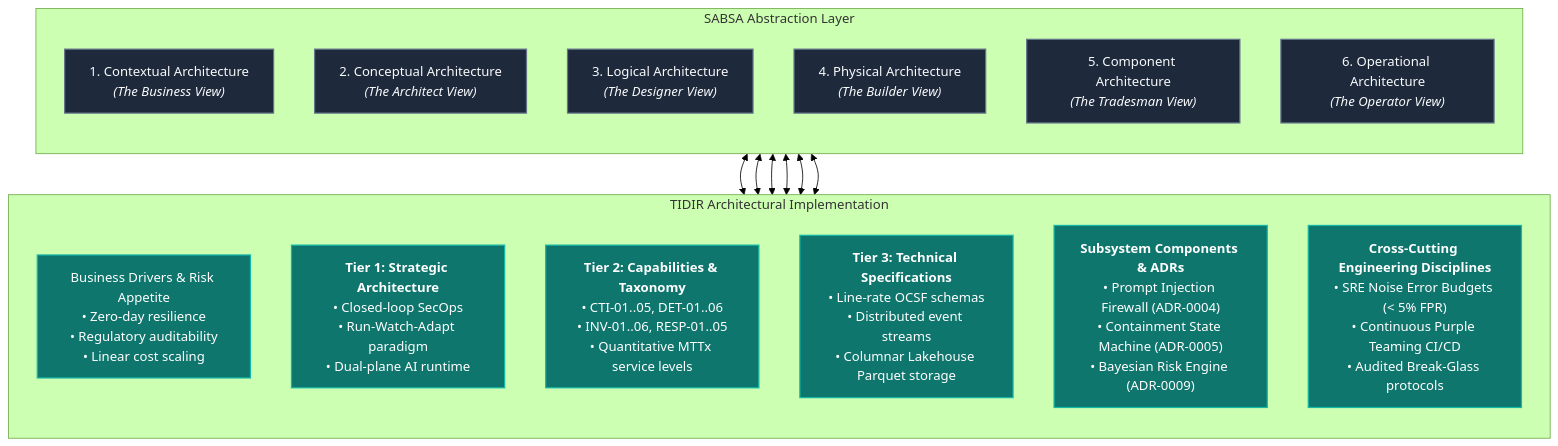
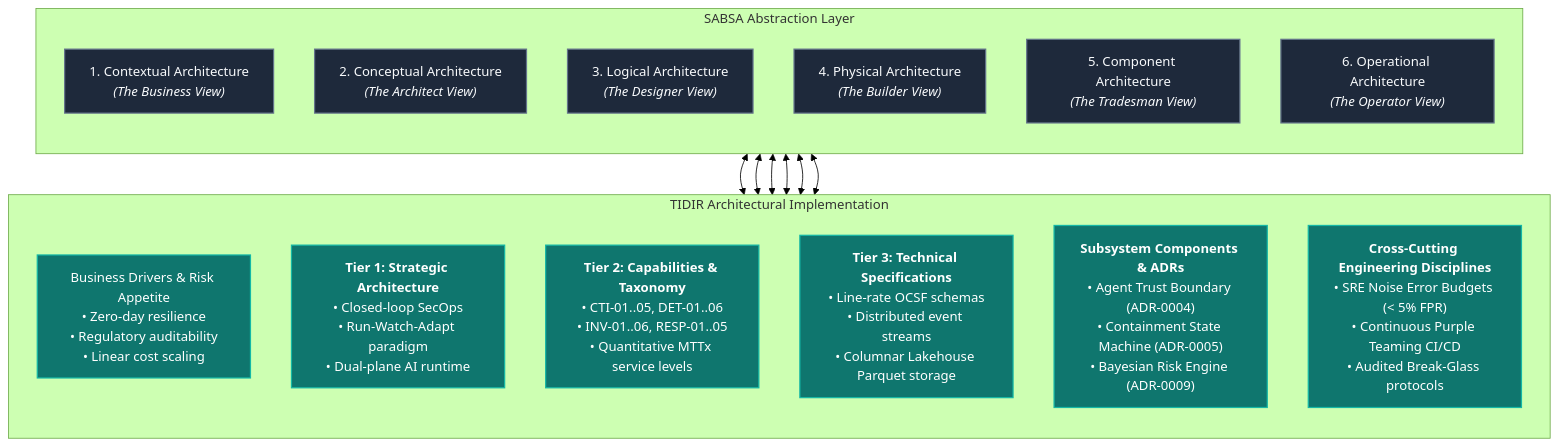
One commit to Haribu/TIDIR changed the first of 2 diagrams in docs/adr/0010-sabsa-business-architecture-and-attribute-profiling.md. Above: the diagram before and after it, drawn with Mermaid (forest theme). The commit also changed other lines of this file and 16 other files, not shown here.

Commit message:
feat: implement immediate architecture refinements and v0.2 roadmap

````diff
--- a/docs/adr/0010-sabsa-business-architecture-and-attribute-profiling.md
+++ b/docs/adr/0010-sabsa-business-architecture-and-attribute-profiling.md
@@ -43,34 +43,34 @@
 ```mermaid
 flowchart TB
     subgraph SABSA["SABSA Abstraction Layer"]
         direction TB
         L1["1. Contextual Architecture<br><i>(The Business View)</i>"]
         L2["2. Conceptual Architecture<br><i>(The Architect View)</i>"]
         L3["3. Logical Architecture<br><i>(The Designer View)</i>"]
         L4["4. Physical Architecture<br><i>(The Builder View)</i>"]
         L5["5. Component Architecture<br><i>(The Tradesman View)</i>"]
         L6["6. Operational Architecture<br><i>(The Operator View)</i>"]
     end
 
     subgraph TIDIR["TIDIR Architectural Implementation"]
         direction TB
         T1["Business Drivers & Risk Appetite<br>• Zero-day resilience<br>• Regulatory auditability<br>• Linear cost scaling"]
         T2["<b>Tier 1: Strategic Architecture</b><br>• Closed-loop SecOps<br>• Run-Watch-Adapt paradigm<br>• Dual-plane AI runtime"]
         T3["<b>Tier 2: Capabilities & Taxonomy</b><br>• CTI-01..05, DET-01..06<br>• INV-01..06, RESP-01..05<br>• Quantitative MTTx service levels"]
         T4["<b>Tier 3: Technical Specifications</b><br>• Line-rate OCSF schemas<br>• Distributed event streams<br>• Columnar Lakehouse Parquet storage"]
-        T5["<b>Subsystem Components & ADRs</b><br>• Prompt Injection Firewall (ADR-0004)<br>• Containment State Machine (ADR-0005)<br>• Bayesian Risk Engine (ADR-0009)"]
+        T5["<b>Subsystem Components & ADRs</b><br>• Agent Trust Boundary (ADR-0004)<br>• Containment State Machine (ADR-0005)<br>• Bayesian Risk Engine (ADR-0009)"]
         T6["<b>Cross-Cutting Engineering Disciplines</b><br>• SRE Noise Error Budgets (&lt; 5% FPR)<br>• Continuous Purple Teaming CI/CD<br>• Audited Break-Glass protocols"]
     end
 
     L1 <--> T1
     L2 <--> T2
     L3 <--> T3
     L4 <--> T4
     L5 <--> T5
     L6 <--> T6
 
     classDef sabsa fill:#1e293b,stroke:#64748b,stroke-width:1.5px,color:#f8fafc;
     classDef tidir fill:#0f766e,stroke:#14b8a6,stroke-width:1.5px,color:#ffffff;
     class L1,L2,L3,L4,L5,L6 sabsa;
     class T1,T2,T3,T4,T5,T6 tidir;
 ```
````
